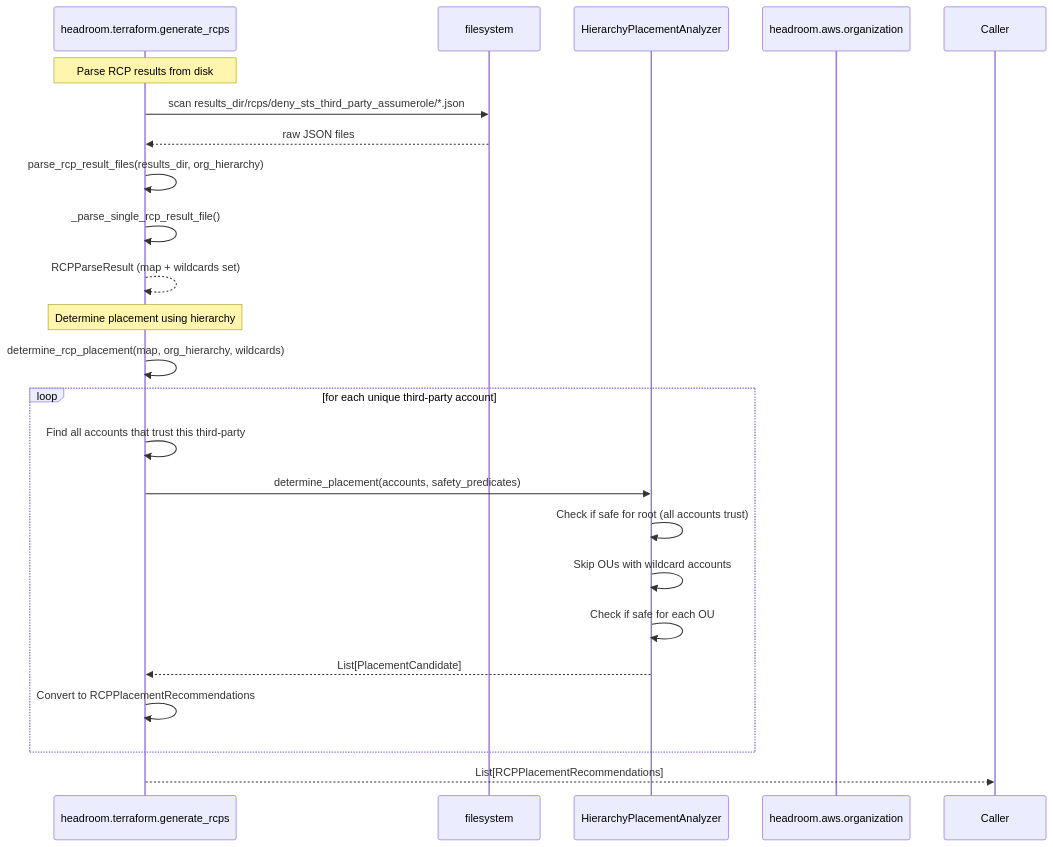
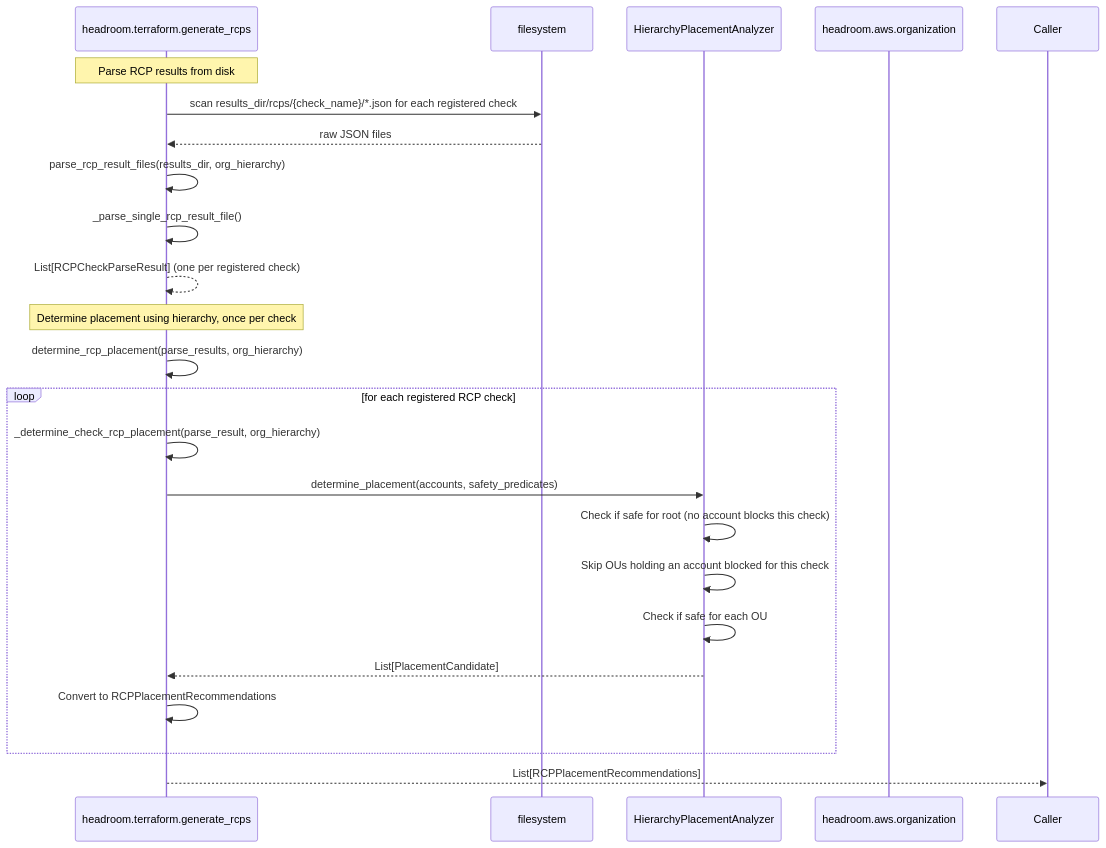
One commit to discocrayon/Headroom changed the fourth of 4 diagrams in documentation/mermaid_diagrams/sequences.md. Above: the diagram before and after it, drawn with Mermaid. The commit also changed other lines of this file and 12 other files, not shown here.

````diff
--- a/documentation/mermaid_diagrams/sequences.md
+++ b/documentation/mermaid_diagrams/sequences.md
@@ -132,27 +132,27 @@
 ```mermaid
 sequenceDiagram
   participant GenRCP as headroom.terraform.generate_rcps
   participant FS as filesystem
   participant Hierarchy as HierarchyPlacementAnalyzer
   participant Org as headroom.aws.organization
 
   Note over GenRCP: Parse RCP results from disk
-  GenRCP->>FS: scan results_dir/rcps/deny_sts_third_party_assumerole/*.json
+  GenRCP->>FS: scan results_dir/rcps/{check_name}/*.json for each registered check
   FS-->>GenRCP: raw JSON files
   GenRCP->>GenRCP: parse_rcp_result_files(results_dir, org_hierarchy)
   GenRCP->>GenRCP: _parse_single_rcp_result_file()
-  GenRCP-->>GenRCP: RCPParseResult (map + wildcards set)
+  GenRCP-->>GenRCP: List[RCPCheckParseResult] (one per registered check)
 
-  Note over GenRCP: Determine placement using hierarchy
-  GenRCP->>GenRCP: determine_rcp_placement(map, org_hierarchy, wildcards)
-  loop for each unique third-party account
-    GenRCP->>GenRCP: Find all accounts that trust this third-party
+  Note over GenRCP: Determine placement using hierarchy, once per check
+  GenRCP->>GenRCP: determine_rcp_placement(parse_results, org_hierarchy)
+  loop for each registered RCP check
+    GenRCP->>GenRCP: _determine_check_rcp_placement(parse_result, org_hierarchy)
     GenRCP->>Hierarchy: determine_placement(accounts, safety_predicates)
-    Hierarchy->>Hierarchy: Check if safe for root (all accounts trust)
-    Hierarchy->>Hierarchy: Skip OUs with wildcard accounts
+    Hierarchy->>Hierarchy: Check if safe for root (no account blocks this check)
+    Hierarchy->>Hierarchy: Skip OUs holding an account blocked for this check
     Hierarchy->>Hierarchy: Check if safe for each OU
     Hierarchy-->>GenRCP: List[PlacementCandidate]
     GenRCP->>GenRCP: Convert to RCPPlacementRecommendations
   end
   GenRCP-->>Caller: List[RCPPlacementRecommendations]
 ```
````
